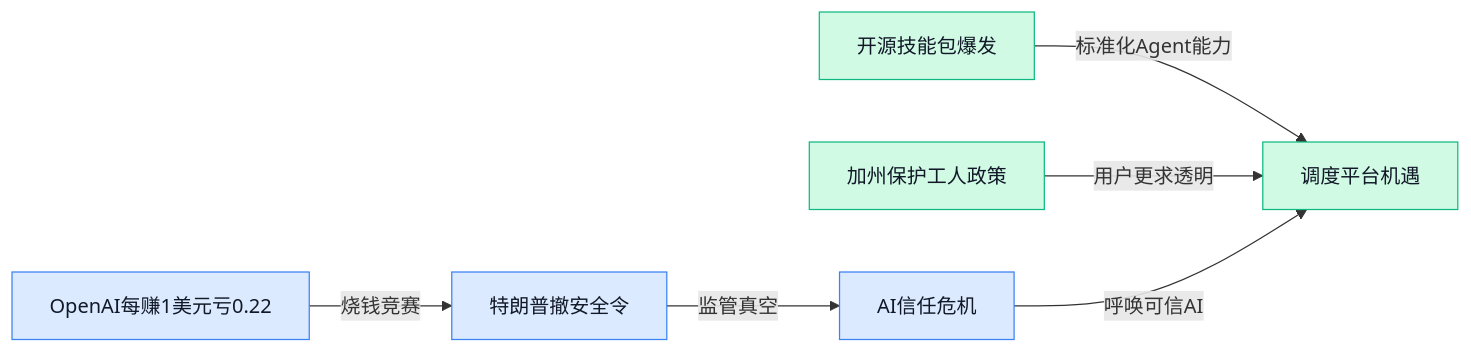
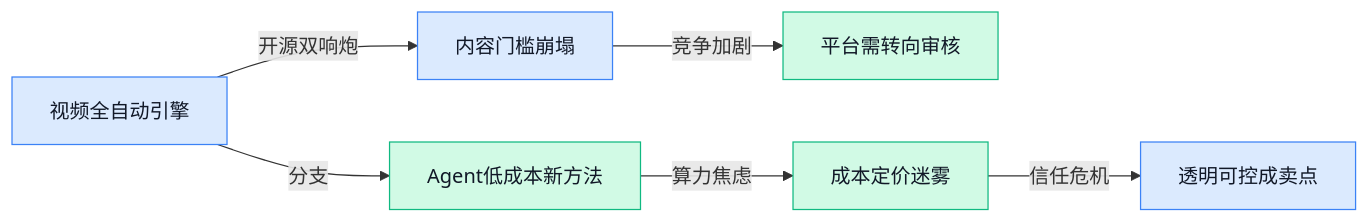
The diagram in content/cn/2026/2026-05/2026-05-23.md (zhuxinfei/ai-daily-site), drawn with Mermaid before and after one commit. The commit also changed other lines of this file, not shown here.

````diff
--- a/content/cn/2026/2026-05/2026-05-23.md
+++ b/content/cn/2026/2026-05/2026-05-23.md
@@ -108,13 +119,13 @@
 ```mermaid
 graph LR
-    A[OpenAI每赚1美元亏0.22] -->|烧钱竞赛| B[特朗普撤安全令]
-    B -->|监管真空| C[AI信任危机]
-    D[开源技能包爆发] -->|标准化Agent能力| E[调度平台机遇]
-    F[加州保护工人政策] -->|用户更求透明| E
-    C -->|呼唤可信AI| E
+    A[视频全自动引擎] -->|开源双响炮| B[内容门槛崩塌]
+    B -->|竞争加剧| C[平台需转向审核]
+    A -->|分支| D[Agent低成本新方法]
+    D -->|算力焦虑| E[成本定价迷雾]
+    E -->|信任危机| F[透明可控成卖点]
     classDef blue fill:#dbeafe,stroke:#3b82f6,color:#111827
     classDef green fill:#d1fae5,stroke:#10b981,color:#111827
-    class A,B,C blue
-    class D,F green
-    class E green
+    class A,B blue
+    class C,D,E green
+    class F blue
 ```
````
